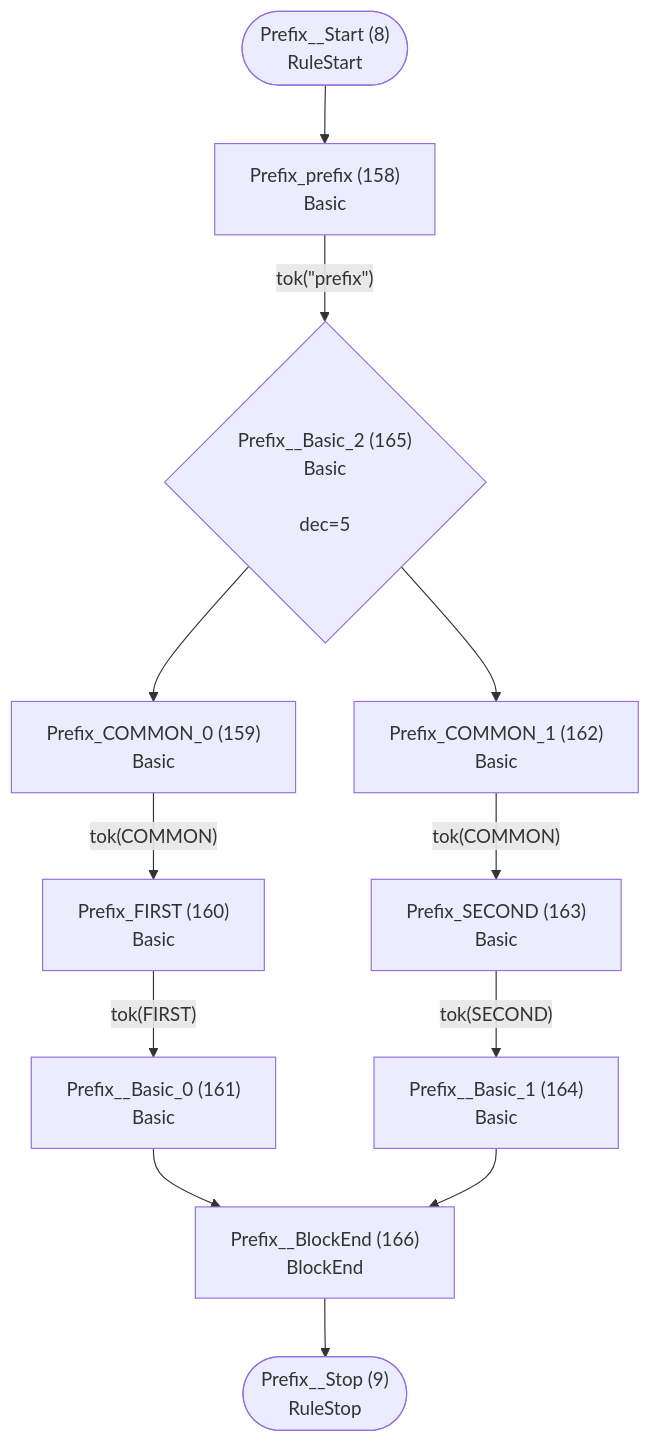
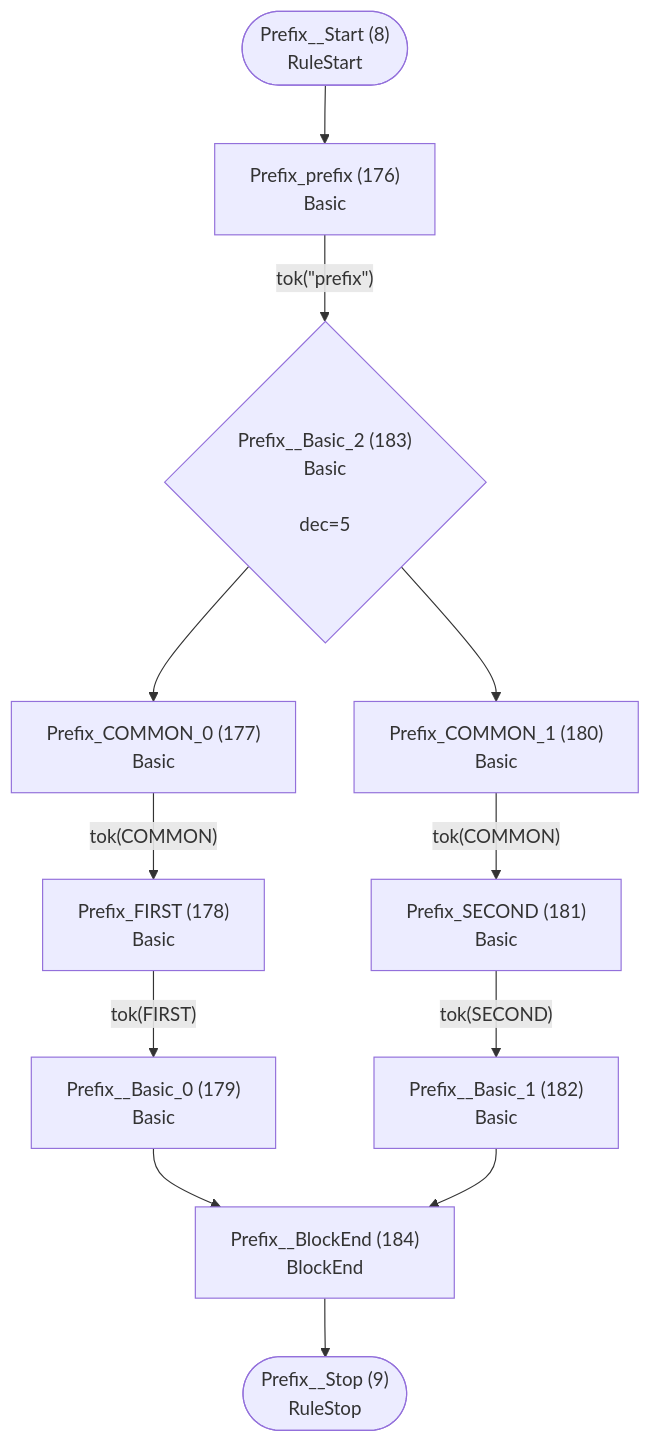
Before and after one commit to TypeFox/fastbelt: the fifth of 46 diagrams in internal/languages/completion/atn.md, drawn with Mermaid. The commit also changed other lines of this file and 41 other files, not shown here.

````diff
--- a/internal/languages/completion/atn.md
+++ b/internal/languages/completion/atn.md
@@ -225,26 +245,26 @@
 ```mermaid
 flowchart TD
     q8(["Prefix__Start (8)<br/>RuleStart"])
     q9(["Prefix__Stop (9)<br/>RuleStop"])
-    q158["Prefix_prefix (158)<br/>Basic<br/>"]
-    q159["Prefix_COMMON_0 (159)<br/>Basic<br/>"]
-    q160["Prefix_FIRST (160)<br/>Basic<br/>"]
-    q161["Prefix__Basic_0 (161)<br/>Basic<br/>"]
-    q162["Prefix_COMMON_1 (162)<br/>Basic<br/>"]
-    q163["Prefix_SECOND (163)<br/>Basic<br/>"]
-    q164["Prefix__Basic_1 (164)<br/>Basic<br/>"]
-    q165{"Prefix__Basic_2 (165)<br/>Basic<br/><br/>dec=5"}
-    q166["Prefix__BlockEnd (166)<br/>BlockEnd<br/>"]
+    q176["Prefix_prefix (176)<br/>Basic<br/>"]
+    q177["Prefix_COMMON_0 (177)<br/>Basic<br/>"]
+    q178["Prefix_FIRST (178)<br/>Basic<br/>"]
+    q179["Prefix__Basic_0 (179)<br/>Basic<br/>"]
+    q180["Prefix_COMMON_1 (180)<br/>Basic<br/>"]
+    q181["Prefix_SECOND (181)<br/>Basic<br/>"]
+    q182["Prefix__Basic_1 (182)<br/>Basic<br/>"]
+    q183{"Prefix__Basic_2 (183)<br/>Basic<br/><br/>dec=5"}
+    q184["Prefix__BlockEnd (184)<br/>BlockEnd<br/>"]
 
-    q8 --> q158
-    q158 -->|"tok(&quot;prefix&quot;)"| q165
-    q159 -->|"tok(COMMON)"| q160
-    q160 -->|"tok(FIRST)"| q161
-    q161 --> q166
-    q162 -->|"tok(COMMON)"| q163
-    q163 -->|"tok(SECOND)"| q164
-    q164 --> q166
-    q165 --> q159
-    q165 --> q162
-    q166 --> q9
+    q8 --> q176
+    q176 -->|"tok(&quot;prefix&quot;)"| q183
+    q177 -->|"tok(COMMON)"| q178
+    q178 -->|"tok(FIRST)"| q179
+    q179 --> q184
+    q180 -->|"tok(COMMON)"| q181
+    q181 -->|"tok(SECOND)"| q182
+    q182 --> q184
+    q183 --> q177
+    q183 --> q180
+    q184 --> q9
 ```
````
